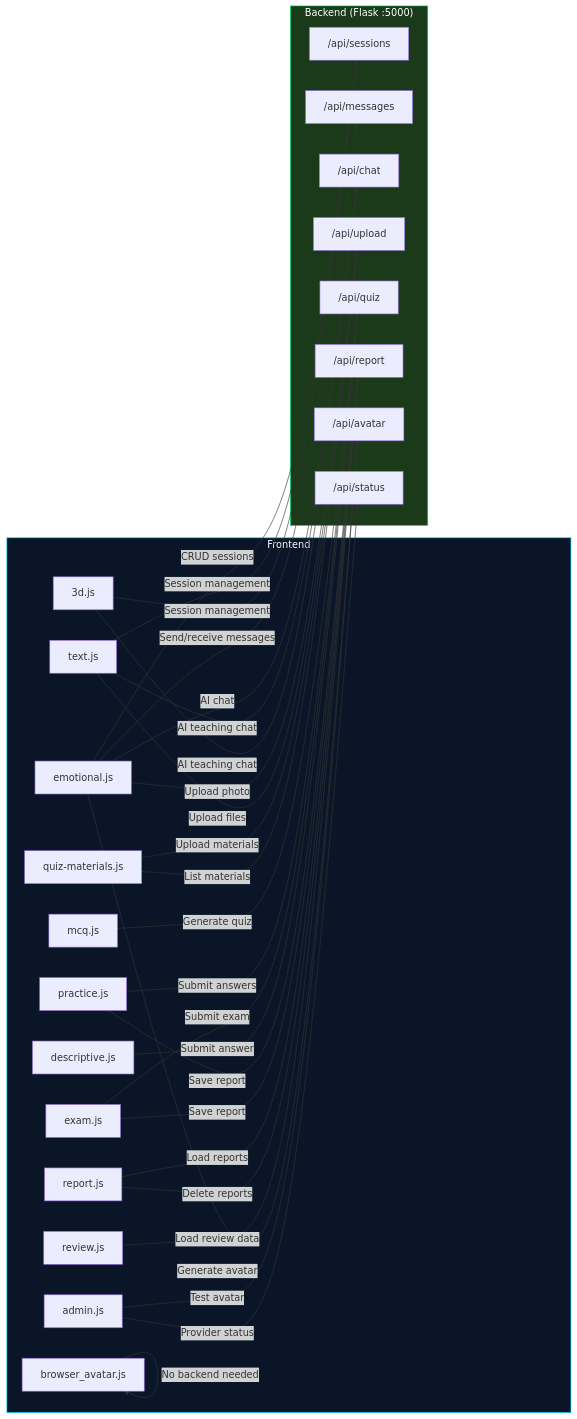
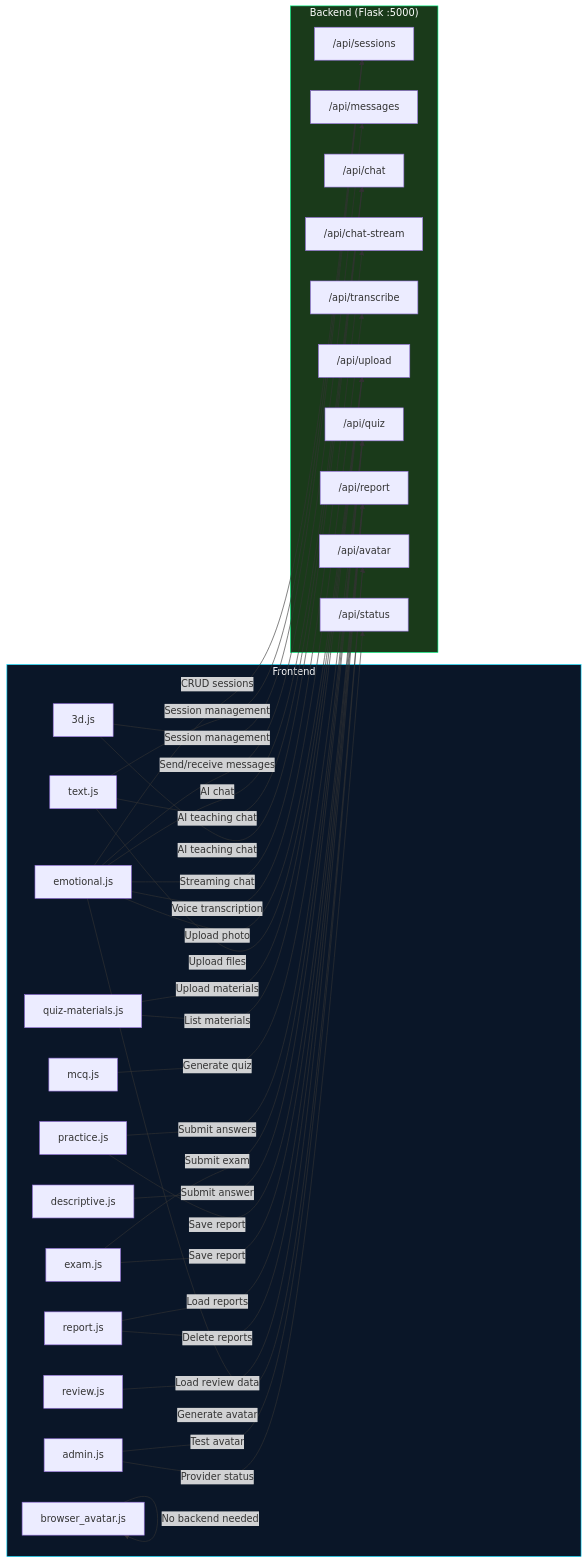
One commit to t3729010-del/falcon_ai changed the second of 3 diagrams in maps/map.md. Above: the diagram before and after it, drawn with Mermaid. The commit also changed other lines of this file and 5 other files, not shown here.

````diff
--- a/maps/map.md
+++ b/maps/map.md
@@ -68,64 +70,68 @@
 ```mermaid
 graph LR
     subgraph Frontend
         emotional.js
         text.js
         3d.js
         quiz-materials.js
         mcq.js
         practice.js
         exam.js
         descriptive.js
         report.js
         review.js
         admin.js
         browser_avatar.js
     end
     
     subgraph Backend["Backend (Flask :5000)"]
         session["/api/sessions"]
         message["/api/messages"]
         chat["/api/chat"]
+        chatstream["/api/chat-stream"]
+        transcribe["/api/transcribe"]
         upload["/api/upload"]
         quiz["/api/quiz"]
         report_api["/api/report"]
         avatar_api["/api/avatar"]
         status["/api/status"]
     end
     
     emotional.js -->|CRUD sessions| session
     emotional.js -->|Send/receive messages| message
     emotional.js -->|AI chat| chat
+    emotional.js -->|Streaming chat| chatstream
+    emotional.js -->|Voice transcription| transcribe
     emotional.js -->|Upload photo| upload
     emotional.js -->|Generate avatar| avatar_api
     
     text.js -->|Session management| session
     text.js -->|AI teaching chat| chat
     text.js -->|Upload files| upload
     
     3d.js -->|Session management| session
     3d.js -->|AI teaching chat| chat
     
     quiz-materials.js -->|Upload materials| upload
     quiz-materials.js -->|List materials| upload
     
     mcq.js -->|Generate quiz| quiz
     practice.js -->|Submit answers| quiz
     practice.js -->|Save report| report_api
     exam.js -->|Submit exam| quiz
     exam.js -->|Save report| report_api
     
     descriptive.js -->|Submit answer| quiz
     
     report.js -->|Load reports| report_api
     report.js -->|Delete reports| report_api
     review.js -->|Load review data| report_api
     
     admin.js -->|Provider status| status
     admin.js -->|Test avatar| avatar_api
     
     browser_avatar.js -->|No backend needed| browser_avatar.js
     
     style Frontend fill:#0a1628,stroke:#00d9ff,color:#fff
     style Backend fill:#1a3a1a,stroke:#00ff88,color:#fff
 ```
````
